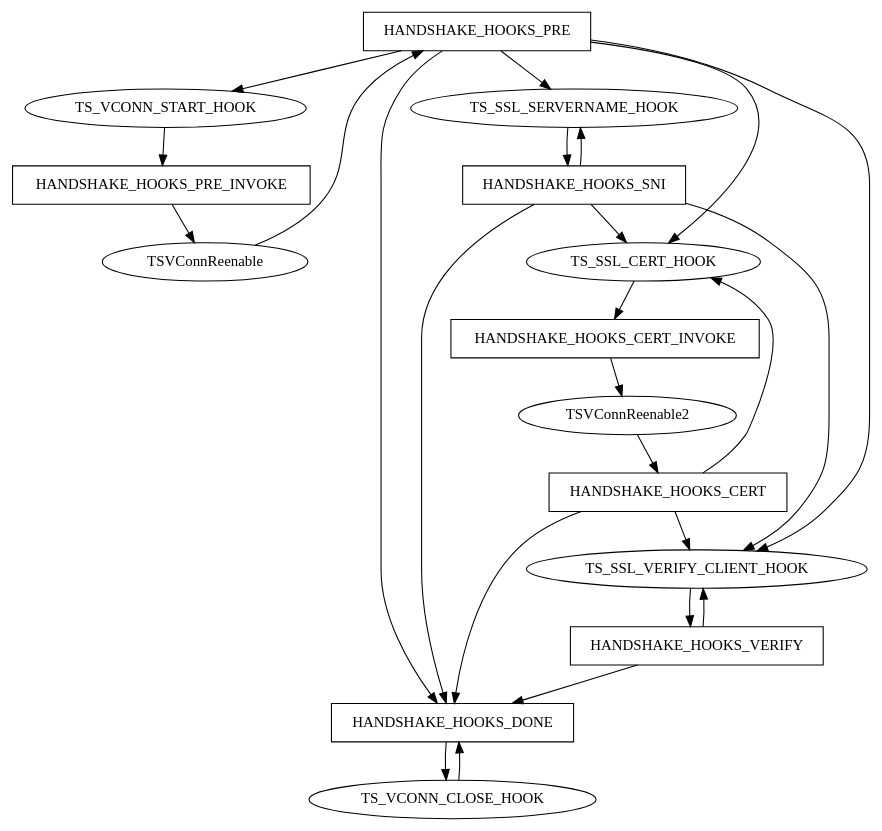
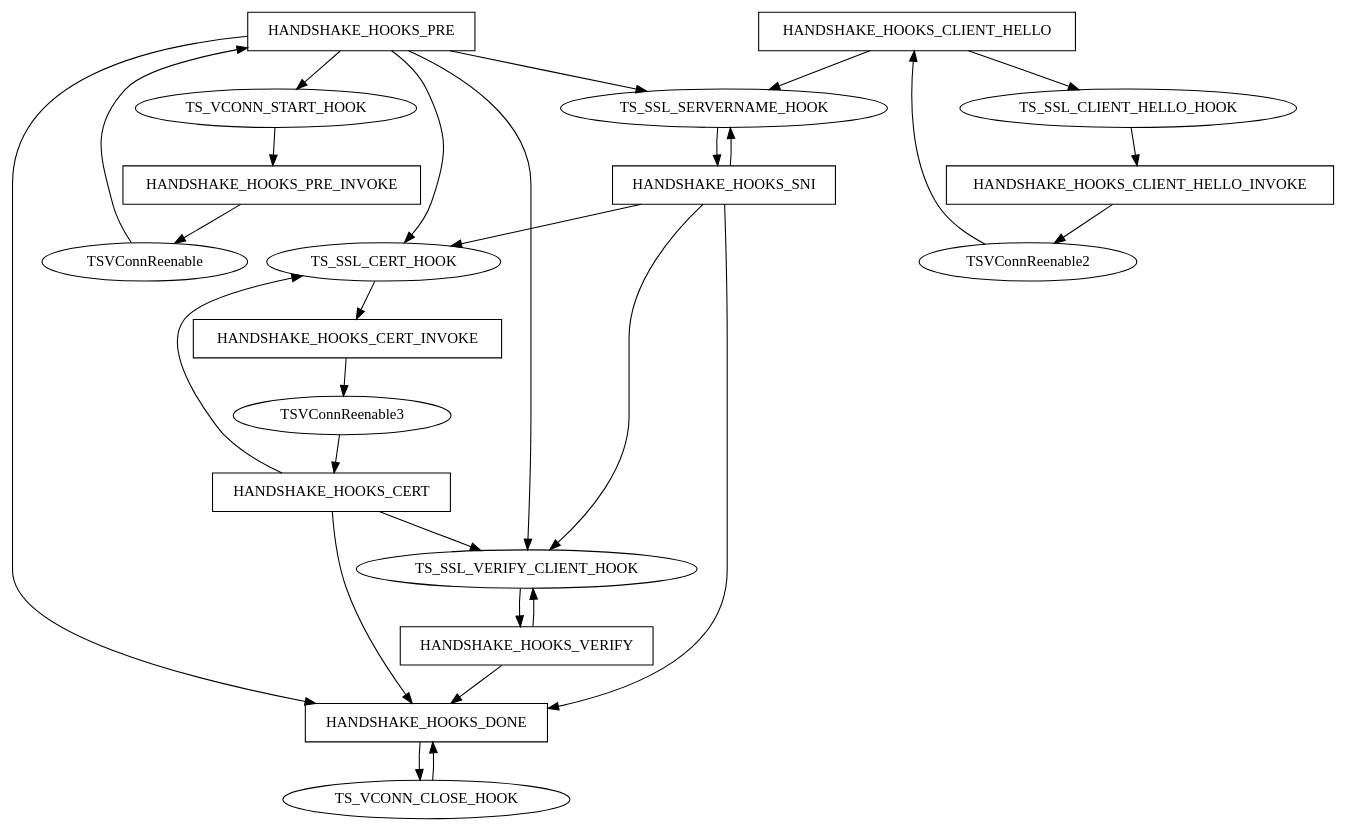
Before and after one commit to apache/trafficserver: the first of 2 diagrams in doc/developer-guide/plugins/hooks-and-transactions/ssl-hooks.en.rst, drawn with Graphviz. The commit also changed other lines of this file and 29 other files, not shown here.

Commit message:
Added TS_SSL_CLIENT_HELLO_HOOK and docs Added new test for client hello hook

```diff
--- a/doc/developer-guide/plugins/hooks-and-transactions/ssl-hooks.en.rst
+++ b/doc/developer-guide/plugins/hooks-and-transactions/ssl-hooks.en.rst
@@ -129,39 +135,46 @@
 .. graphviz::
    :alt: TLS Inbound Hook State Diagram
 
    digraph tls_hook_state_diagram{
      HANDSHAKE_HOOKS_PRE -> TS_VCONN_START_HOOK;
      HANDSHAKE_HOOKS_PRE -> TS_SSL_CERT_HOOK;
      HANDSHAKE_HOOKS_PRE -> TS_SSL_SERVERNAME_HOOK;
      HANDSHAKE_HOOKS_PRE -> HANDSHAKE_HOOKS_DONE;
      TS_VCONN_START_HOOK -> HANDSHAKE_HOOKS_PRE_INVOKE;
      HANDSHAKE_HOOKS_PRE_INVOKE -> TSVConnReenable;
      TSVConnReenable -> HANDSHAKE_HOOKS_PRE;
+     TS_SSL_CLIENT_HELLO_HOOK -> HANDSHAKE_HOOKS_CLIENT_HELLO_INVOKE;
+     HANDSHAKE_HOOKS_CLIENT_HELLO_INVOKE -> TSVConnReenable2;
+     TSVConnReenable2 -> HANDSHAKE_HOOKS_CLIENT_HELLO;
+     HANDSHAKE_HOOKS_CLIENT_HELLO -> TS_SSL_CLIENT_HELLO_HOOK;
+     HANDSHAKE_HOOKS_CLIENT_HELLO -> TS_SSL_SERVERNAME_HOOK;
      TS_SSL_SERVERNAME_HOOK -> HANDSHAKE_HOOKS_SNI;
      HANDSHAKE_HOOKS_SNI -> TS_SSL_SERVERNAME_HOOK;
      HANDSHAKE_HOOKS_SNI -> TS_SSL_CERT_HOOK;
      HANDSHAKE_HOOKS_SNI -> HANDSHAKE_HOOKS_DONE;
      HANDSHAKE_HOOKS_CERT -> TS_SSL_CERT_HOOK;
      TS_SSL_CERT_HOOK -> HANDSHAKE_HOOKS_CERT_INVOKE;
-     HANDSHAKE_HOOKS_CERT_INVOKE -> TSVConnReenable2;
-     TSVConnReenable2 -> HANDSHAKE_HOOKS_CERT;
+     HANDSHAKE_HOOKS_CERT_INVOKE -> TSVConnReenable3;
+     TSVConnReenable3 -> HANDSHAKE_HOOKS_CERT;
 
      HANDSHAKE_HOOKS_CERT -> TS_SSL_VERIFY_CLIENT_HOOK;
      HANDSHAKE_HOOKS_SNI -> TS_SSL_VERIFY_CLIENT_HOOK;
      HANDSHAKE_HOOKS_PRE -> TS_SSL_VERIFY_CLIENT_HOOK;
      TS_SSL_VERIFY_CLIENT_HOOK -> HANDSHAKE_HOOKS_VERIFY;
      HANDSHAKE_HOOKS_VERIFY -> TS_SSL_VERIFY_CLIENT_HOOK;
      HANDSHAKE_HOOKS_VERIFY -> HANDSHAKE_HOOKS_DONE;
 
      HANDSHAKE_HOOKS_CERT -> HANDSHAKE_HOOKS_DONE;
      HANDSHAKE_HOOKS_DONE -> TS_VCONN_CLOSE_HOOK;
      TS_VCONN_CLOSE_HOOK -> HANDSHAKE_HOOKS_DONE;
 
      HANDSHAKE_HOOKS_PRE [shape=box];
      HANDSHAKE_HOOKS_PRE_INVOKE [shape=box];
+     HANDSHAKE_HOOKS_CLIENT_HELLO [shape=box];
+     HANDSHAKE_HOOKS_CLIENT_HELLO_INVOKE [shape=box];
      HANDSHAKE_HOOKS_SNI [shape=box];
      HANDSHAKE_HOOKS_VERIFY [shape=box];
      HANDSHAKE_HOOKS_CERT [shape=box];
      HANDSHAKE_HOOKS_CERT_INVOKE [shape=box];
      HANDSHAKE_HOOKS_DONE [shape=box];
    }
```
